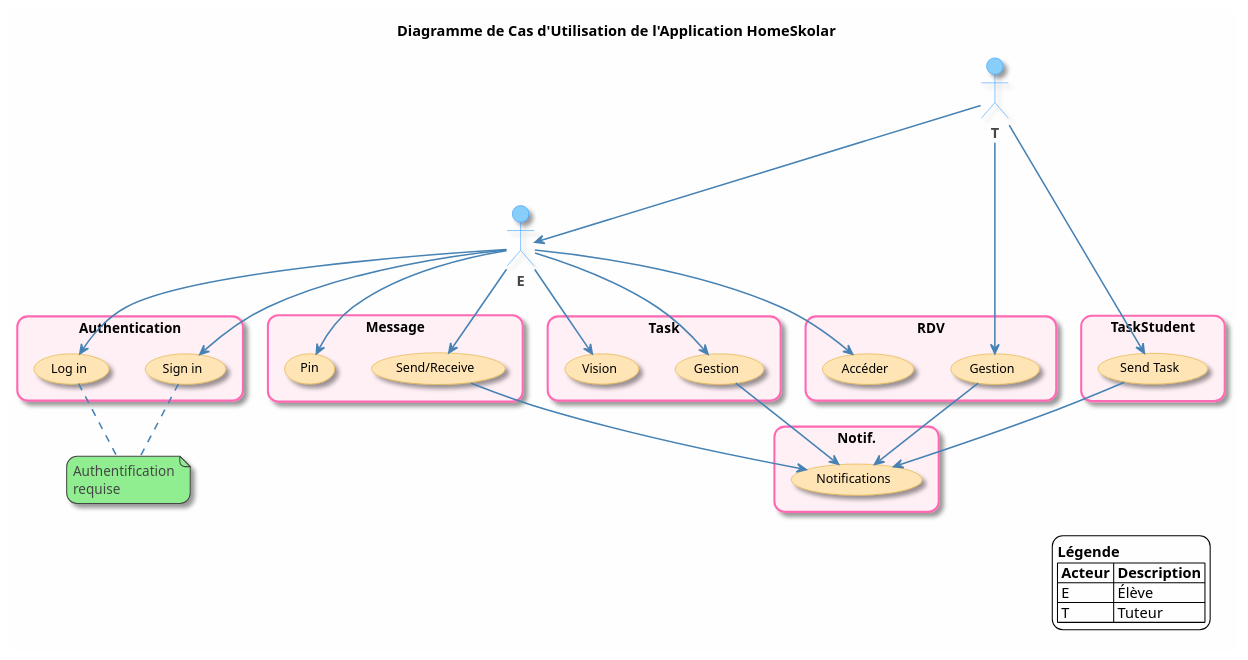
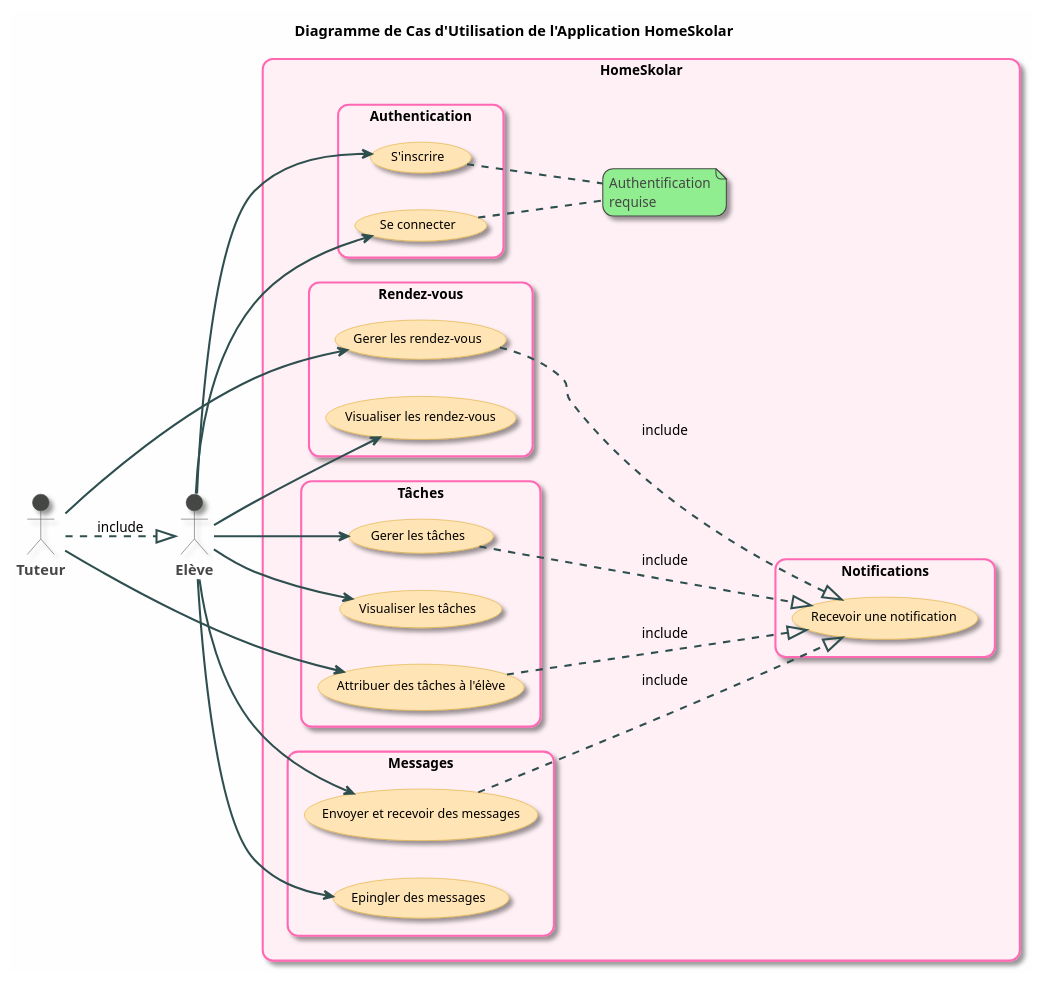
One commit to fraigneau/Cahier_des_charges_OC changed the diagram in DCD.puml. Above: the diagram before and after it, drawn with PlantUML.

Commit message:
mieux qu avant

```diff
--- a/DCD.puml
+++ b/DCD.puml
@@ -1,115 +1,108 @@
 @startuml
 
 ' ========== CONFIGURATION DU STYLE ==========
 !theme toy
-
+left to right direction
 ' Configuration générale
 skinparam backgroundColor #FEFEFE
 skinparam roundCorner 20
 skinparam shadowing true
 skinparam handwritten false
 
 ' Style des acteurs
 skinparam actor {
-    BorderColor #1E90FF
-    BackgroundColor #87CEFA
     FontName Arial
     FontSize 14
     FontStyle bold
 }
 
 ' Style des cas d'utilisation
 skinparam usecase {
     BackgroundColor #FFE4B5
     BorderColor #DAA520
     FontSize 12
     FontStyle plain
     ArrowColor #2F4F4F
     ArrowThickness 2
 }
 
 ' Style des rectangles
 skinparam rectangle {
     BackgroundColor #FFF0F5
     BorderColor #FF69B4
     FontSize 13
     FontStyle bold
     BorderThickness 2
 }
 
 ' Style des flèches
 skinparam arrow {
-    Color #4682B4
-    Thickness 1.5
+    Thickness 2
 }
 
 title Diagramme de Cas d'Utilisation de l'Application HomeSkolar
-legend right
-  <b>Légende</b>
-  |= Acteur |= Description |
-  | E | Élève |
-  | T | Tuteur |
-endlegend
 
 ' ========== DÉFINITION DES ACTEURS ==========
-actor "E" as E
-actor "T" as T
+actor "Elève"
+actor "Tuteur"
 
 ' ========== DÉFINITION DES CAS D'UTILISATION ==========
-rectangle "Authentication" {
-    usecase "Sign in" as SignIn
-    usecase "Log in" as LogIn
-}
 
-rectangle "RDV" {
-    usecase "Gestion" as Gestion
-    usecase "Accéder" as Acceder
-}
+rectangle "HomeSkolar" {
 
-rectangle "Task" {
-    usecase "Gestion" as GestionTask
-    usecase "Vision" as VisionTask
-}
+    rectangle "Authentication" {
+        usecase "S'inscrire" as SignIn
+        usecase "Se connecter" as LogIn
+    }
 
-rectangle "Message" {
-    usecase "Send/Receive" as SIR
-    usecase "Pin" as Plan
-}
+    rectangle "Rendez-vous" {
+        usecase "Gerer les rendez-vous" as Gestion
+        usecase "Visualiser les rendez-vous" as Acceder
+    }
 
-rectangle "TaskStudent" {
-    usecase "Send Task" as ST
-}
+    rectangle "Tâches" {
+        usecase "Gerer les tâches" as GestionTask
+        usecase "Visualiser les tâches" as VisionTask
+        usecase "Attribuer des tâches à l'élève" as ST
+    }
 
-rectangle "Notif." {
-    usecase "Notifications" as Notif
+    rectangle "Messages" {
+        usecase "Envoyer et recevoir des messages" as SIR
+        usecase "Epingler des messages" as Plan
+    }
+
+    rectangle "Notifications" {
+        usecase "Recevoir une notification" as Notif
+    }
+
+    ' Notes explicatives
+    note "Authentification\nrequise" as N1
+    SignIn .. N1
+    LogIn .. N1
+
 }
 
 ' ========== RELATIONS ==========
 ' Relations entre acteurs
-T --> E
+Tuteur .-|> Elève : include
 
 ' Relations E
-E --> SignIn
-E --> LogIn
-E --> Acceder
-E --> GestionTask
-E --> VisionTask
-E --> SIR
-E --> Plan
+Elève --> SignIn
+Elève --> LogIn
+Elève --> Acceder
+Elève --> GestionTask
+Elève --> VisionTask
+Elève --> SIR
+Elève --> Plan
 
 ' Relations T
-T --> Gestion
-T --> ST
+Tuteur --> Gestion
+Tuteur --> ST
 
 ' Relations vers Notifications
-ST --> Notif
-GestionTask --> Notif
-Gestion --> Notif
-SIR --> Notif
-
-' Notes explicatives
-note "Authentification\nrequise" as N1
-SignIn .. N1
-LogIn .. N1
+ST ..-|> Notif : include
+GestionTask ..-|> Notif : include
+Gestion ..-|> Notif : include
+SIR ..-|> Notif : include
 
 @enduml
```
